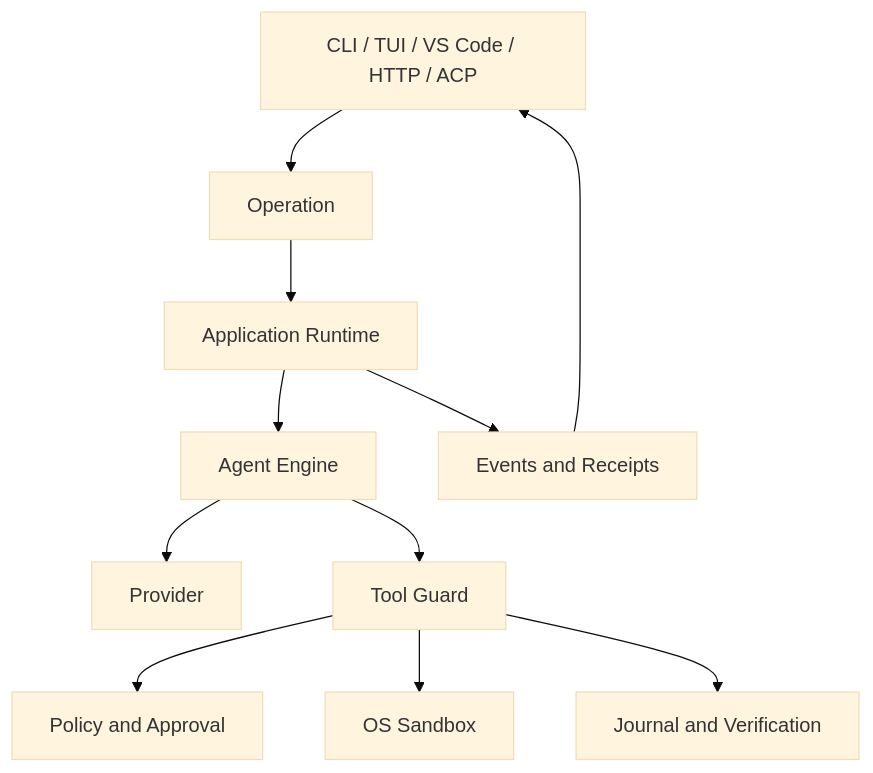
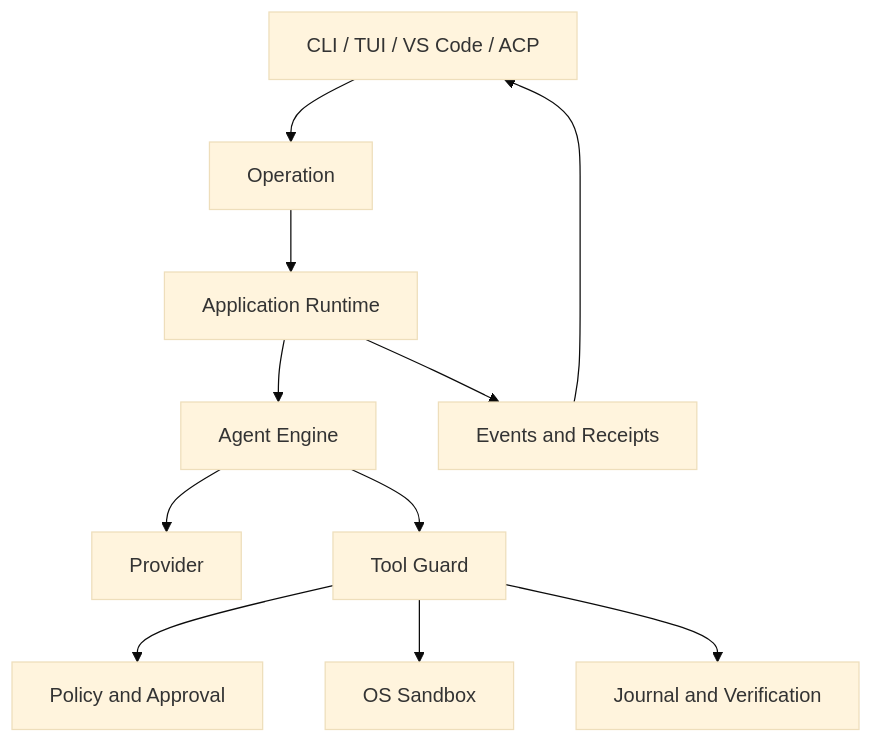
The diagram in docs/book/en/01-agent-engineering/05-why-governed-runtime.md (fwtllh-png/CodeHelper), drawn with Mermaid (base theme) before and after one commit. The commit also changed 73 other files, not shown here.

````diff
--- a/docs/book/en/01-agent-engineering/05-why-governed-runtime.md
+++ b/docs/book/en/01-agent-engineering/05-why-governed-runtime.md
@@ -113,13 +113,13 @@
 ```mermaid
 flowchart TD
-    H[CLI / TUI / VS Code / HTTP / ACP] --> O[Operation]
+    H[CLI / TUI / VS Code / ACP] --> O[Operation]
     O --> R[Application Runtime]
     R --> E[Agent Engine]
     E --> M[Provider]
     E --> G[Tool Guard]
     G --> P[Policy and Approval]
     G --> S[OS Sandbox]
     G --> J[Journal and Verification]
     R --> F[Events and Receipts]
     F --> H
 ```
````
